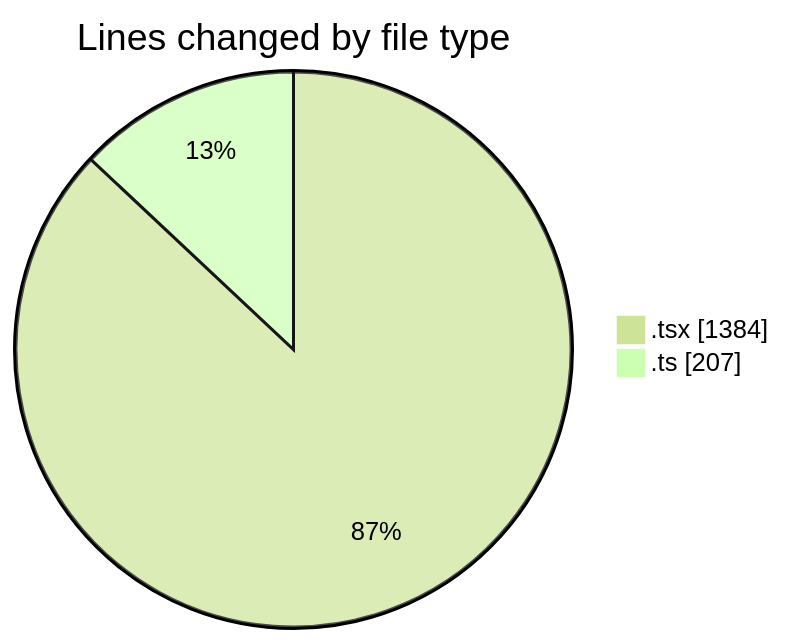
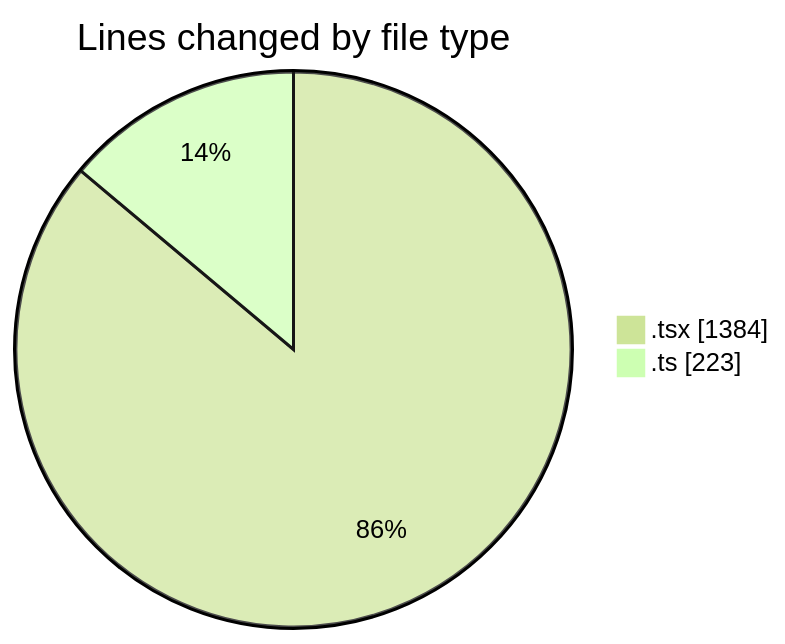
Before and after one commit to nxtqubesakshisongat/code-tracking: the first of 2 diagrams in 2026-02-04/nxtqube_webapp/README.md, drawn with Mermaid (forest theme). The commit also changed other lines of this file and 1 other file, not shown here.

````diff
--- a/2026-02-04/nxtqube_webapp/README.md
+++ b/2026-02-04/nxtqube_webapp/README.md
@@ -22,6 +22,6 @@
 ```mermaid
 pie showData
 title Lines changed by file type
 ".tsx" : 1384
-".ts" : 207
+".ts" : 223
 ```
````
